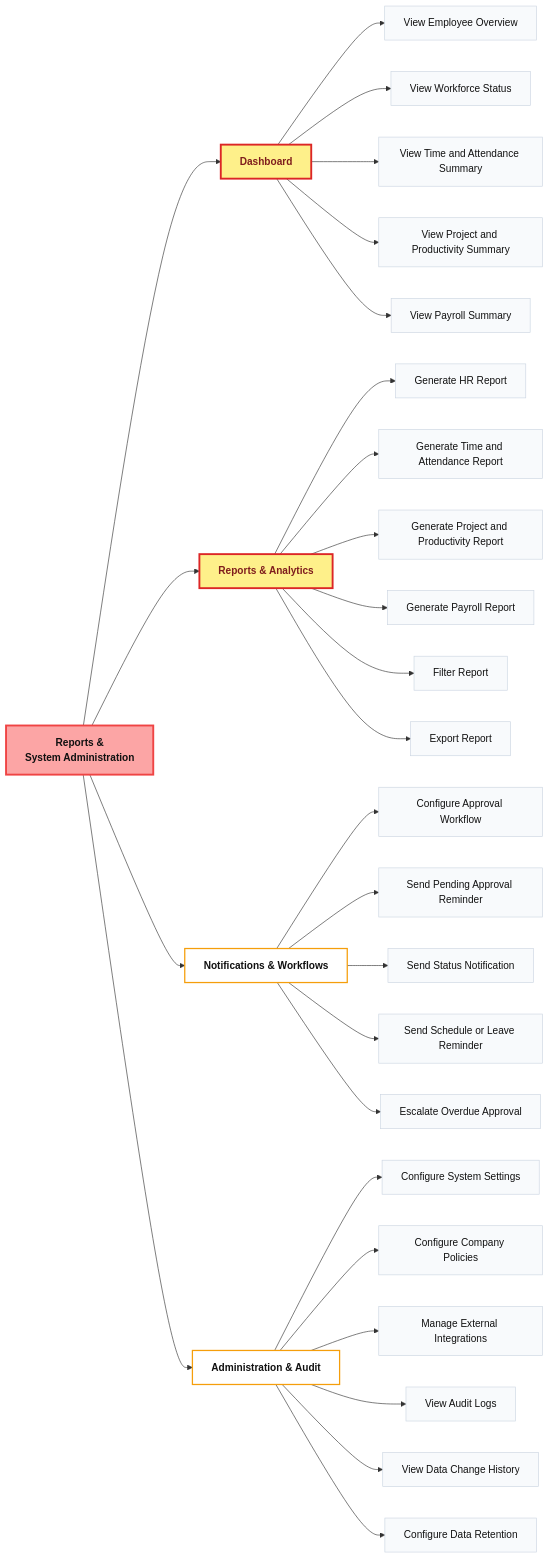
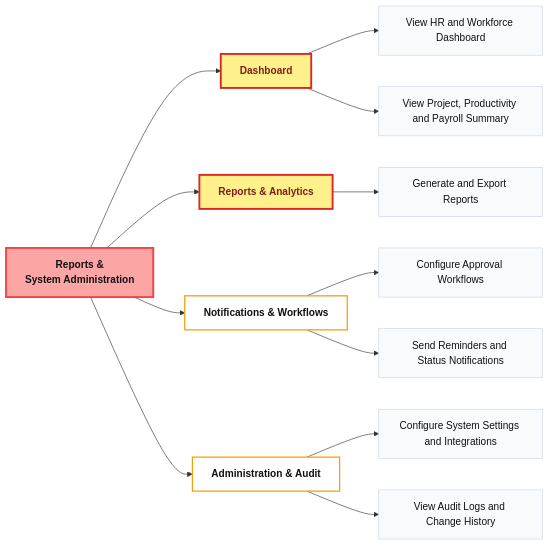
One commit to Hagiakhanh/HR-Workforce-Management changed the tenth of 10 diagrams in README.md. Above: the diagram before and after it, drawn with Mermaid. The commit also changed other lines of this file, not shown here.

Commit message:
list all usecase

````diff
--- a/README.md
+++ b/README.md
@@ -435,45 +366,30 @@
 ```mermaid
 flowchart LR
     classDef module fill:#fca5a5,stroke:#ef4444,stroke-width:3px,color:#111,font-weight:bold;
     classDef feature fill:#ffffff,stroke:#f59e0b,stroke-width:2px,color:#111,font-weight:bold;
     classDef important fill:#fef08a,stroke:#dc2626,stroke-width:3px,color:#7f1d1d,font-weight:bold;
     classDef usecase fill:#f8fafc,stroke:#cbd5e1,color:#111;
 
     REPORTS["Reports &<br/>System Administration"]
 
     REPORTS --> DASHBOARD["Dashboard"]
     REPORTS --> ANALYTICS["Reports & Analytics"]
     REPORTS --> WORKFLOW["Notifications & Workflows"]
     REPORTS --> ADMIN["Administration & Audit"]
 
-    DASHBOARD --> D1["View Employee Overview"]
-    DASHBOARD --> D2["View Workforce Status"]
-    DASHBOARD --> D3["View Time and Attendance Summary"]
-    DASHBOARD --> D4["View Project and Productivity Summary"]
-    DASHBOARD --> D5["View Payroll Summary"]
+    DASHBOARD --> D1["View HR and Workforce Dashboard"]
+    DASHBOARD --> D2["View Project, Productivity and Payroll Summary"]
 
-    ANALYTICS --> A1["Generate HR Report"]
-    ANALYTICS --> A2["Generate Time and Attendance Report"]
-    ANALYTICS --> A3["Generate Project and Productivity Report"]
-    ANALYTICS --> A4["Generate Payroll Report"]
-    ANALYTICS --> A5["Filter Report"]
-    ANALYTICS --> A6["Export Report"]
+    ANALYTICS --> A1["Generate and Export Reports"]
 
-    WORKFLOW --> W1["Configure Approval Workflow"]
-    WORKFLOW --> W2["Send Pending Approval Reminder"]
-    WORKFLOW --> W3["Send Status Notification"]
-    WORKFLOW --> W4["Send Schedule or Leave Reminder"]
-    WORKFLOW --> W5["Escalate Overdue Approval"]
+    WORKFLOW --> W1["Configure Approval Workflows"]
+    WORKFLOW --> W2["Send Reminders and Status Notifications"]
 
-    ADMIN --> AD1["Configure System Settings"]
-    ADMIN --> AD2["Configure Company Policies"]
-    ADMIN --> AD3["Manage External Integrations"]
-    ADMIN --> AD4["View Audit Logs"]
-    ADMIN --> AD5["View Data Change History"]
-    ADMIN --> AD6["Configure Data Retention"]
+    ADMIN --> AD1["Configure System Settings and Integrations"]
+    ADMIN --> AD2["View Audit Logs and Change History"]
 
     class REPORTS module;
     class DASHBOARD,ANALYTICS,WORKFLOW,ADMIN feature;
     class DASHBOARD,ANALYTICS important;
-    class D1,D2,D3,D4,D5,A1,A2,A3,A4,A5,A6,W1,W2,W3,W4,W5,AD1,AD2,AD3,AD4,AD5,AD6 usecase;
+    class D1,D2,A1,W1,W2,AD1,AD2 usecase;
 ```
````
